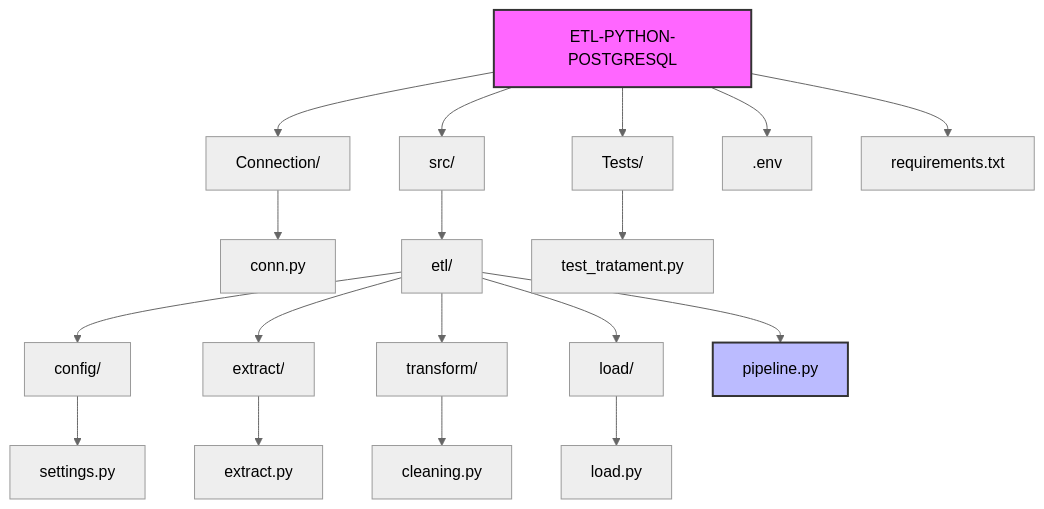
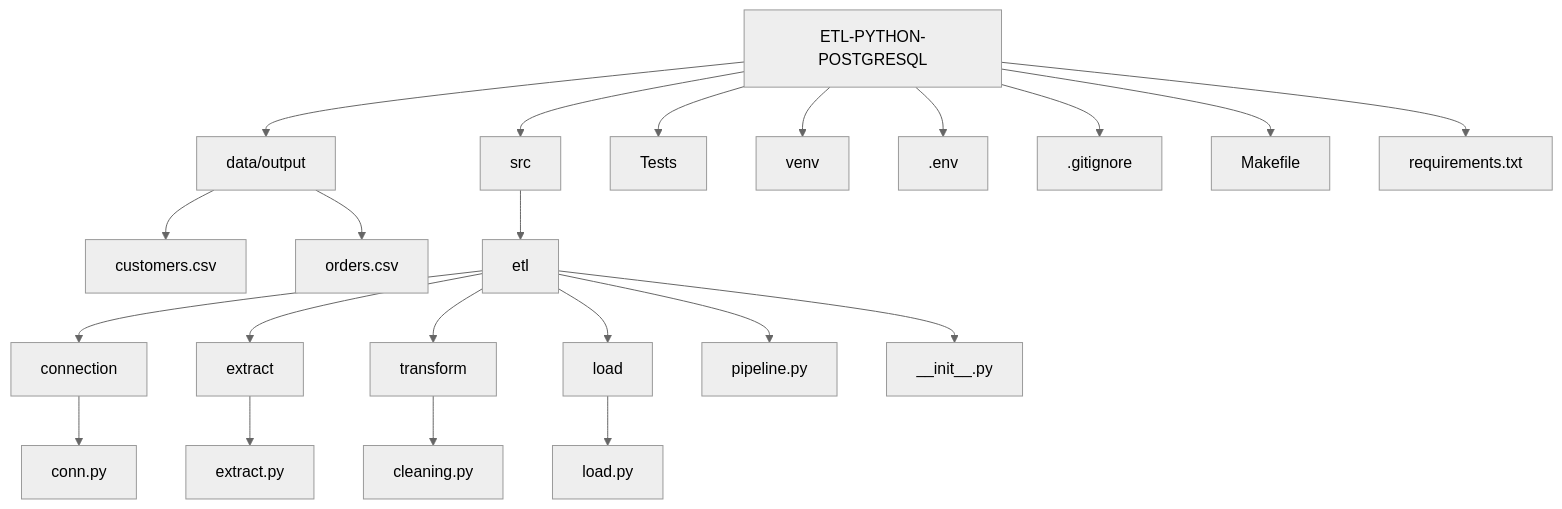
One commit to Camargokleiton/ETL-Python-PostgreSQL changed the first of 2 diagrams in README.md. Above: the diagram before and after it, drawn with Mermaid (neutral theme). The commit also changed other lines of this file, not shown here.

Commit message:
Update project architecture diagram in README

````diff
--- a/README.md
+++ b/README.md
@@ -9,28 +9,32 @@
 ```mermaid
-graph TD
-    Root[ETL-PYTHON-POSTGRESQL] --> Connection[Connection/]
-    Root --> Src[src/]
-    Root --> Tests[Tests/]
-    Root --> Env[.env]
-    Root --> Req[requirements.txt]
+flowchart TB
+    A[ETL-PYTHON-POSTGRESQL] --> B[data/output]
+    B --> B1[customers.csv]
+    B --> B2[orders.csv]
 
-    Connection --> ConnPy[conn.py]
+    A --> C[src]
+    C --> D[etl]
 
-    Src --> ETL[etl/]
-    ETL --> Config[config/]
-    ETL --> Extract[extract/]
-    ETL --> Transform[transform/]
-    ETL --> Load[load/]
-    ETL --> Pipe[pipeline.py]
+    D --> E[connection]
+    E --> E1[conn.py]
 
-    Config --> Sett[settings.py]
-    Extract --> ExtPy[extract.py]
-    Transform --> Clean[cleaning.py]
-    Load --> LoadPy[load.py]
-    
-    Tests --> Tst[test_tratament.py]
+    D --> F[extract]
+    F --> F1[extract.py]
 
-    style Root fill:#f6f,stroke:#333,stroke-width:2px
-    style Pipe fill:#bbf,stroke:#333,stroke-width:2px
+    D --> G[transform]
+    G --> G1[cleaning.py]
+
+    D --> H[load]
+    H --> H1[load.py]
+
+    D --> I[pipeline.py]
+    D --> J[__init__.py]
+
+    A --> K[Tests]
+    A --> L[venv]
+    A --> M[.env]
+    A --> N[.gitignore]
+    A --> O[Makefile]
+    A --> P[requirements.txt]
 
 ```
````
